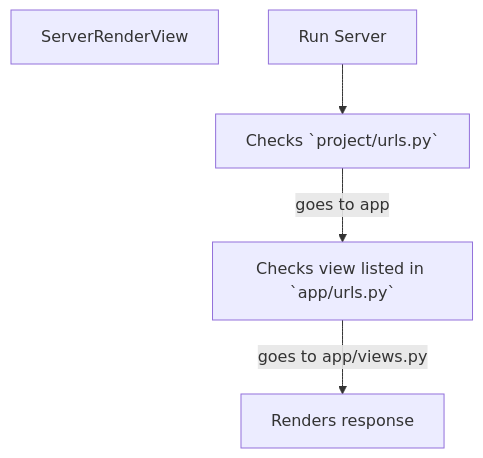
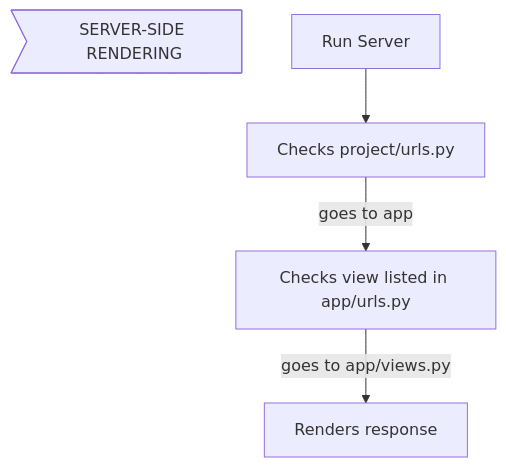
The second of 2 diagrams in django/README.md (prak112/cs50-webdev), drawn with Mermaid before and after one commit. The commit also changed other lines of this file, not shown here.

Commit message:
docs: Update mermaid diagram and Add reference to Docs-Hub

````diff
--- a/django/README.md
+++ b/django/README.md
@@ -123,9 +106,10 @@
 ```mermaid
 
 graph TB
-ServerRenderView
+title>SERVER-SIDE RENDERING]
 
-A[Run Server] --> B[Checks `project/urls.py`]
-B --goes to app--> C[Checks view listed in `app/urls.py`]
+
+A[Run Server] --> B[Checks project/urls.py]
+B --goes to app--> C[Checks view listed in app/urls.py]
 C --goes to app/views.py--> D[Renders response] 
 ```
````
